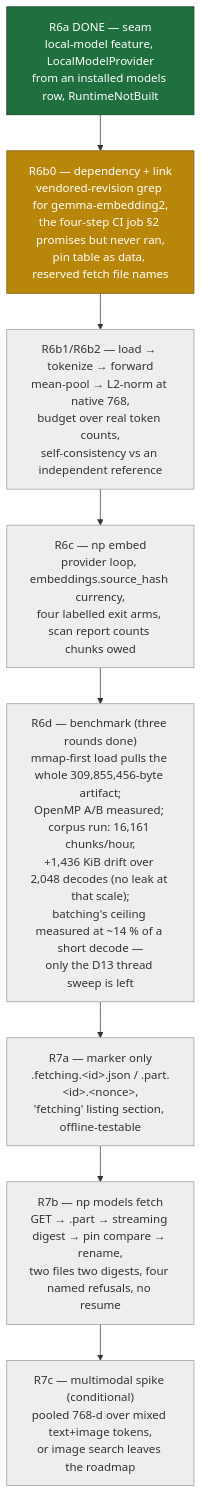
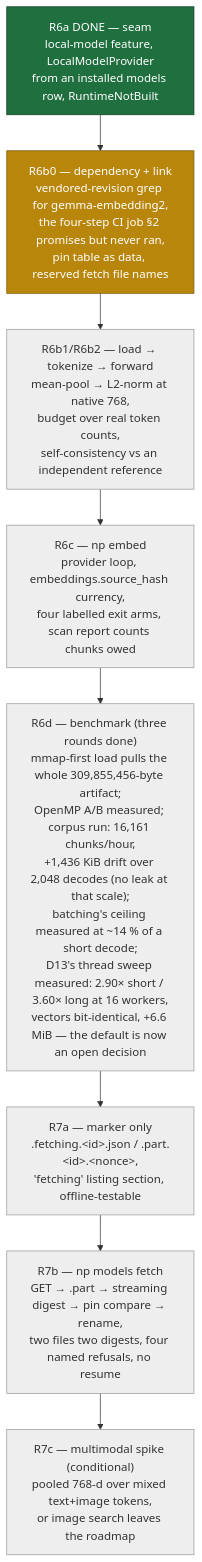
One commit to Ex-Bot-01/note-processor changed the third of 3 diagrams in docs/plan-2026-10-28-state-and-roadmap.md. Above: the diagram before and after it, drawn with Mermaid. The commit also changed 6 other files, not shown here.

````diff
--- a/docs/plan-2026-10-28-state-and-roadmap.md
+++ b/docs/plan-2026-10-28-state-and-roadmap.md
@@ -114,20 +114,20 @@
 ```mermaid
 flowchart TD
     A["R6a DONE — seam<br/>local-model feature, LocalModelProvider<br/>from an installed models row, RuntimeNotBuilt"]
     B["R6b0 — dependency + link<br/>vendored-revision grep for gemma-embedding2,<br/>the four-step CI job §2 promises but never ran,<br/>pin table as data, reserved fetch file names"]
     C["R6b1/R6b2 — load → tokenize → forward<br/>mean-pool → L2-norm at native 768,<br/>budget over real token counts,<br/>self-consistency vs an independent reference"]
     D["R6c — np embed<br/>provider loop, embeddings.source_hash currency,<br/>four labelled exit arms, scan report counts chunks owed"]
-    E["R6d — benchmark (three rounds done)<br/>mmap-first load pulls the whole 309,855,456-byte artifact;<br/>OpenMP A/B measured; corpus run: 16,161 chunks/hour,<br/>+1,436 KiB drift over 2,048 decodes (no leak at that scale);<br/>batching's ceiling measured at ~14 % of a short decode —<br/>only the D13 thread sweep is left"]
+    E["R6d — benchmark (three rounds done)<br/>mmap-first load pulls the whole 309,855,456-byte artifact;<br/>OpenMP A/B measured; corpus run: 16,161 chunks/hour,<br/>+1,436 KiB drift over 2,048 decodes (no leak at that scale);<br/>batching's ceiling measured at ~14 % of a short decode;<br/>D13's thread sweep measured: 2.90× short / 3.60× long at 16 workers,<br/>vectors bit-identical, +6.6 MiB — the default is now an open decision"]
     F["R7a — marker only<br/>.fetching.&lt;id&gt;.json / .part.&lt;id&gt;.&lt;nonce&gt;,<br/>'fetching' listing section, offline-testable"]
     G["R7b — np models fetch<br/>GET → .part → streaming digest → pin compare → rename,<br/>two files two digests, four named refusals, no resume"]
     H["R7c — multimodal spike (conditional)<br/>pooled 768-d over mixed text+image tokens,<br/>or image search leaves the roadmap"]
 
     A --> B --> C --> D --> E --> F --> G --> H
 
     classDef done fill:#1f6f3f,color:#fff,stroke:#0d3d22
     classDef next fill:#b8860b,color:#fff,stroke:#7a5a08
     classDef todo fill:#eee,stroke:#999,color:#333
     class A done
     class B next
     class C,D,E,F,G,H todo
 ```
````
